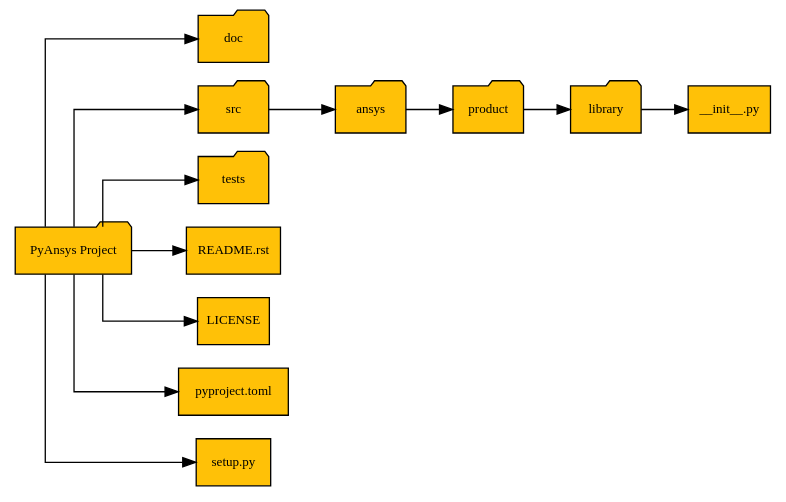
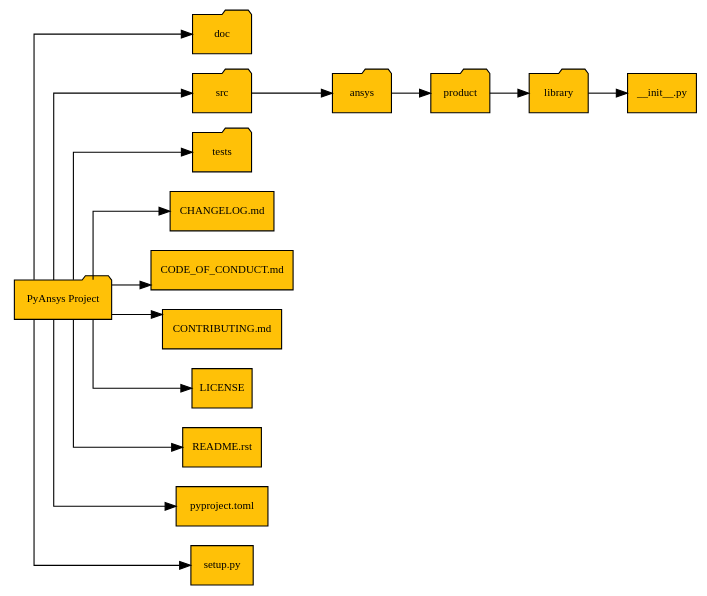
One commit to ansys/pyansys-dev-guide changed the diagram in doc/source/packaging/diag/pyproduct_library_structure_diag.rst. Above: the diagram before and after it, drawn with Graphviz. The commit also changed 5 other files, not shown here.

```diff
--- a/doc/source/packaging/diag/pyproduct_library_structure_diag.rst
+++ b/doc/source/packaging/diag/pyproduct_library_structure_diag.rst
@@ -46,12 +46,24 @@
            label="tests", shape="folder"
          ]
 
-         readme [
-           label="README.rst", shape="file"
+         changelog [
+           label="CHANGELOG.md", shape="file"
+         ]
+
+         code_of_conduct [
+           label="CODE_OF_CONDUCT.md", shape="file"
+         ]
+
+         contributing [
+           label="CONTRIBUTING.md", shape="file"
          ]
 
          license [
            label="LICENSE", shape="file"
+         ]
+
+         readme [
+           label="README.rst", shape="file"
          ]
 
          pyproject [
@@ -67,6 +79,9 @@
          pyproduct_library -> src;
          pyproduct_library -> tests;
          pyproduct_library -> license;
+         pyproduct_library -> changelog;
+         pyproduct_library -> code_of_conduct;
+         pyproduct_library -> contributing;
          pyproduct_library -> readme;
          pyproduct_library -> pyproject;
          pyproduct_library -> setup;
```
